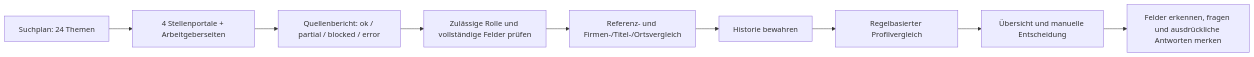
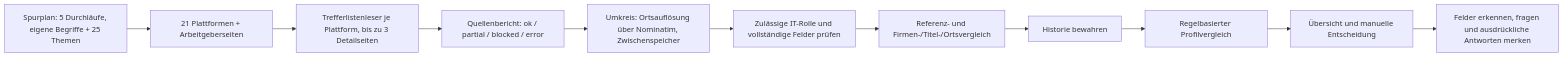
Before and after one commit to Jorxas/JobPilot: the diagram in docs/ARCHITEKTUR.md, drawn with Mermaid. The commit also changed other lines of this file and 4 other files, not shown here.

First line of the commit message:
docs: README, Architektur, Abnahme und Herkunft für 21 Plattformen

````diff
--- a/docs/ARCHITEKTUR.md
+++ b/docs/ARCHITEKTUR.md
@@ -3,11 +3,13 @@
 ```mermaid
 flowchart LR
-  Q[Suchplan: 24 Themen] --> S[4 Stellenportale + Arbeitgeberseiten]
-  S --> R[Quellenbericht: ok / partial / blocked / error]
-  R --> I[Zulässige Rolle und vollständige Felder prüfen]
+  Q[Spurplan: 5 Durchläufe, eigene Begriffe + 25 Themen] --> S[21 Plattformen + Arbeitgeberseiten]
+  S --> K[Trefferlistenleser je Plattform, bis zu 3 Detailseiten]
+  K --> R[Quellenbericht: ok / partial / blocked / error]
+  R --> U2[Umkreis: Ortsauflösung über Nominatim, Zwischenspeicher]
+  U2 --> I[Zulässige IT-Rolle und vollständige Felder prüfen]
   I --> D[Referenz- und Firmen-/Titel-/Ortsvergleich]
   D --> H[Historie bewahren]
   H --> B[Regelbasierter Profilvergleich]
   B --> U[Übersicht und manuelle Entscheidung]
   U --> F[Felder erkennen, fragen und ausdrückliche Antworten merken]
 ```
````
